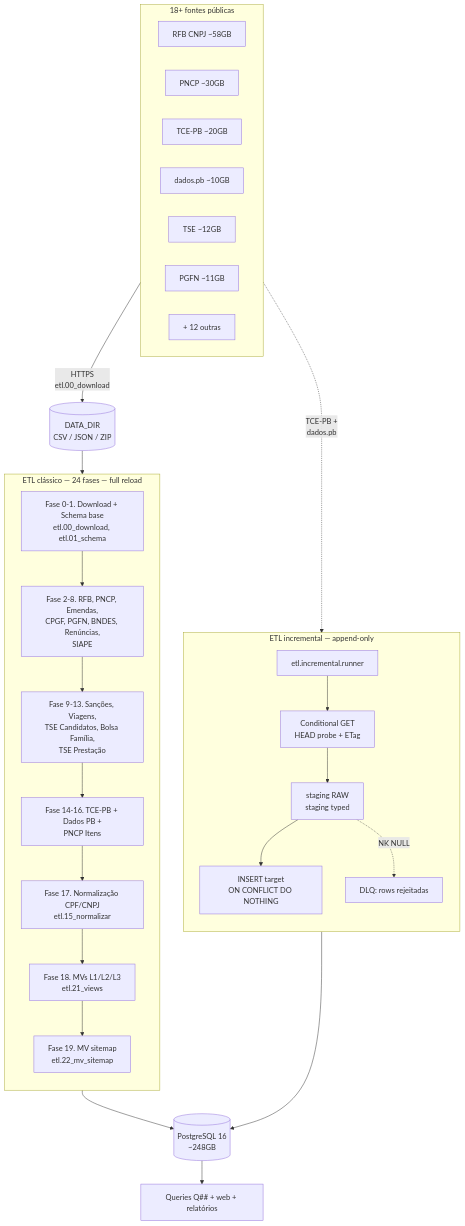
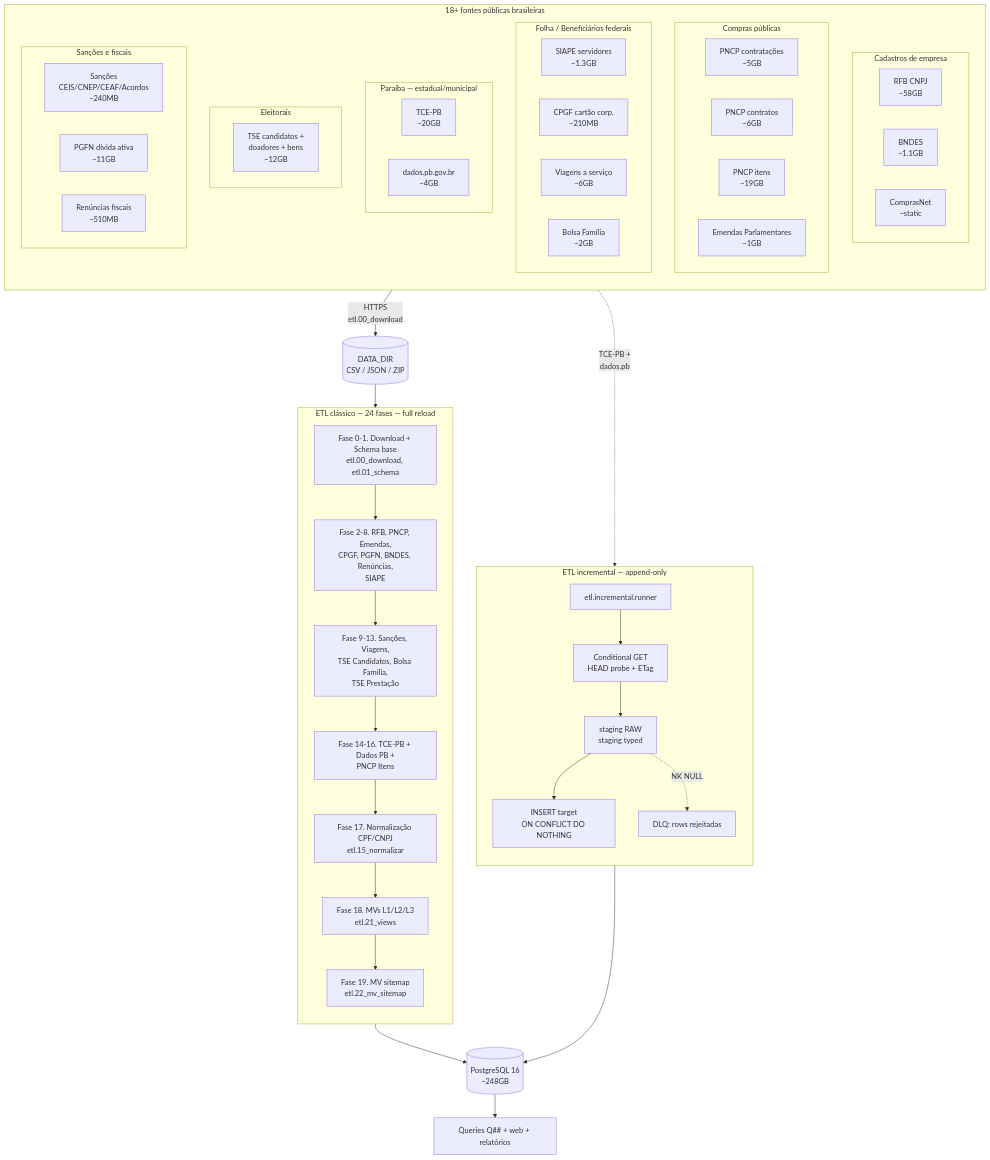
The second of 7 diagrams in docs/architecture.md (lucasdiniz/govbr-cruza-dados), drawn with Mermaid before and after one commit.

Commit message:
docs(architecture): expandir diagrama de fontes ETL
Substitui placeholder '+ 12 outras' por enumeracao completa das
18+ fontes integradas, agrupadas em 6 categorias tematicas:

- Cadastros de empresa (3): RFB CNPJ, BNDES, ComprasNet
- Compras publicas (4): PNCP contratacoes/contratos/itens + Emendas
- Folha / Beneficiarios federais (4): SIAPE, CPGF, Viagens, Bolsa Familia
- Paraiba estadual/municipal (2): TCE-PB, dados.pb.gov.br
- Eleitorais (1): TSE candidatos + doadores + bens
- Sancoes e fiscais (3): Sancoes (CEIS/CNEP/CEAF), PGFN divida, Renuncias

Tamanhos por fonte incluidos (RFB 58GB ate Sancoes 240MB). Total
~155GB raw em 18 fontes, batendo com a referencia '~210GB' do
README (incluindo intermediarios de staging).

Mantida a mensagem da subgraph 'SOURCES[18+ fontes publicas
brasileiras]' que aparece no overview do projeto, agora coerente
com o detalhamento abaixo.

````diff
--- a/docs/architecture.md
+++ b/docs/architecture.md
@@ -42,49 +42,77 @@
 ```mermaid
 flowchart TB
-    subgraph SOURCES[18+ fontes públicas]
-        direction LR
-        S1[RFB CNPJ ~58GB]
-        S2[PNCP ~30GB]
-        S3[TCE-PB ~20GB]
-        S4[dados.pb ~10GB]
-        S5[TSE ~12GB]
-        S6[PGFN ~11GB]
-        S7[+ 12 outras]
+    subgraph SOURCES[18+ fontes públicas brasileiras]
+        direction TB
+
+        subgraph SRC_EMP[Cadastros de empresa]
+            S_RFB[RFB CNPJ<br/>~58GB]
+            S_BNDES[BNDES<br/>~1.1GB]
+            S_CN[ComprasNet<br/>~static]
+        end
+
+        subgraph SRC_COMPRA[Compras públicas]
+            S_PNCP1[PNCP contratações<br/>~5GB]
+            S_PNCP2[PNCP contratos<br/>~6GB]
+            S_PNCP3[PNCP itens<br/>~19GB]
+            S_EMENDAS[Emendas Parlamentares<br/>~1GB]
+        end
+
+        subgraph SRC_FOLHA[Folha / Beneficiários federais]
+            S_SIAPE[SIAPE servidores<br/>~1.3GB]
+            S_CPGF[CPGF cartão corp.<br/>~210MB]
+            S_VIAG[Viagens a serviço<br/>~6GB]
+            S_BF[Bolsa Família<br/>~2GB]
+        end
+
+        subgraph SRC_PB[Paraíba — estadual/municipal]
+            S_TCE[TCE-PB<br/>~20GB]
+            S_DPB[dados.pb.gov.br<br/>~4GB]
+        end
+
+        subgraph SRC_ELEIT[Eleitorais]
+            S_TSE[TSE candidatos +<br/>doadores + bens<br/>~12GB]
+        end
+
+        subgraph SRC_SAN[Sanções e fiscais]
+            S_SANC[Sanções<br/>CEIS/CNEP/CEAF/Acordos<br/>~240MB]
+            S_PGFN[PGFN dívida ativa<br/>~11GB]
+            S_REN[Renúncias fiscais<br/>~510MB]
+        end
     end
 
     SOURCES -->|HTTPS<br/>etl.00_download| RAW[(DATA_DIR<br/>CSV / JSON / ZIP)]
 
     subgraph CLASSIC[ETL clássico — 24 fases — full reload]
         direction TB
         P1[Fase 0-1. Download + Schema base<br/>etl.00_download, etl.01_schema]
         P2[Fase 2-8. RFB, PNCP, Emendas,<br/>CPGF, PGFN, BNDES, Renúncias,<br/>SIAPE]
         P3[Fase 9-13. Sanções, Viagens,<br/>TSE Candidatos, Bolsa Família,<br/>TSE Prestação]
         P4[Fase 14-16. TCE-PB + Dados PB +<br/>PNCP Itens]
         P5[Fase 17. Normalização CPF/CNPJ<br/>etl.15_normalizar]
         P6[Fase 18. MVs L1/L2/L3<br/>etl.21_views]
         P7[Fase 19. MV sitemap<br/>etl.22_mv_sitemap]
 
         P1 --> P2 --> P3 --> P4 --> P5 --> P6 --> P7
     end
 
     RAW --> CLASSIC
 
     subgraph INCREMENTAL[ETL incremental — append-only]
         direction TB
         I1[etl.incremental.runner]
         I2[Conditional GET<br/>HEAD probe + ETag]
         I3[staging RAW<br/>staging typed]
         I4[INSERT target<br/>ON CONFLICT DO NOTHING]
         I5[DLQ: rows rejeitadas]
 
         I1 --> I2 --> I3 --> I4
         I3 -.->|NK NULL| I5
     end
 
     SOURCES -.->|TCE-PB +<br/>dados.pb| INCREMENTAL
 
     CLASSIC --> DB[(PostgreSQL 16<br/>~248GB)]
     INCREMENTAL --> DB
 
     DB --> CONSUMERS[Queries Q## + web + relatórios]
 ```
````
